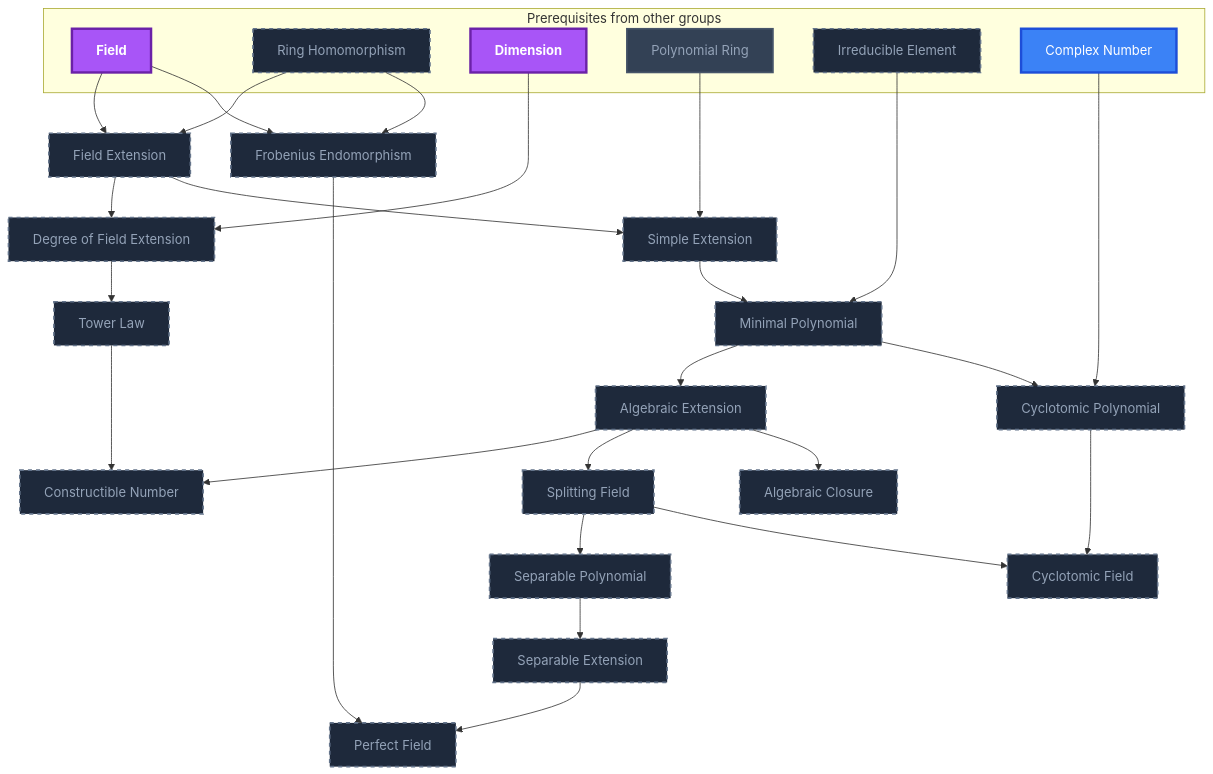
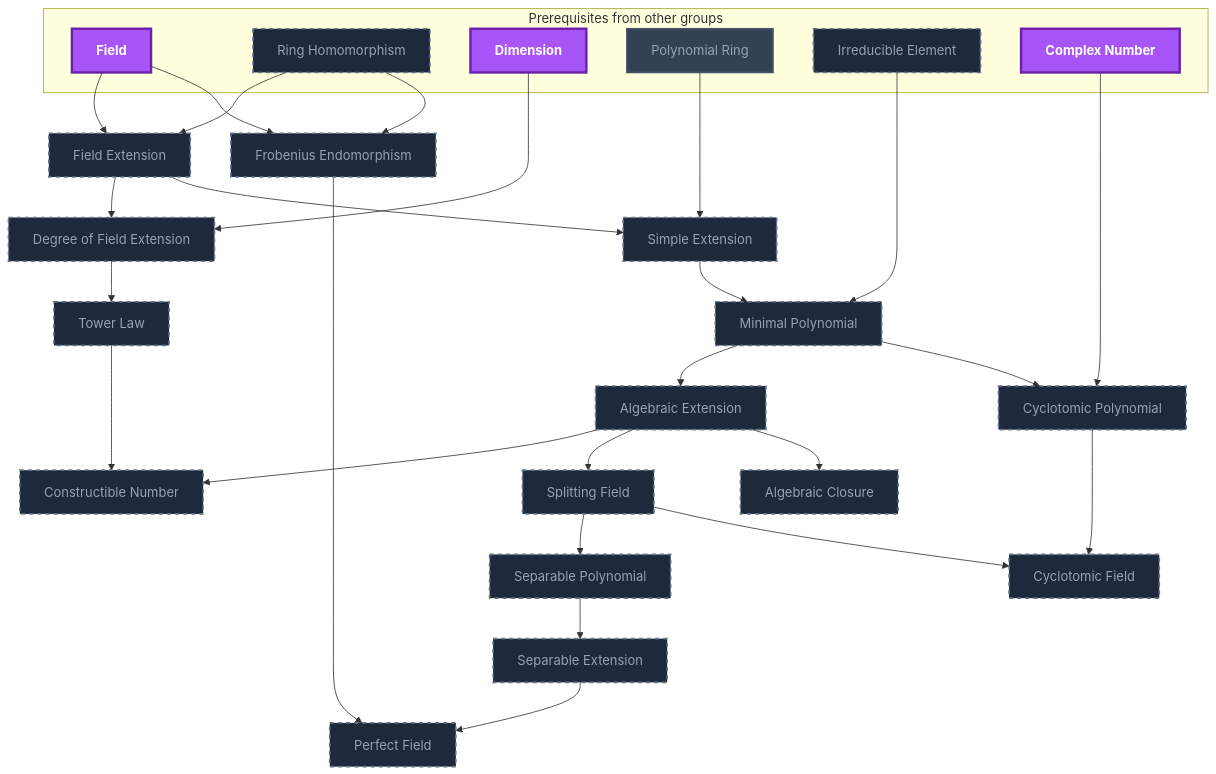
Diagram 14 of 20 in Gamification/Skill Trees/Abstract Algebra.md (MRauf1/My-Notes), drawn with Mermaid before and after one commit. The commit also changed other lines of this file and 145 other files, not shown here.

````diff
--- a/Gamification/Skill Trees/Abstract Algebra.md
+++ b/Gamification/Skill Trees/Abstract Algebra.md
@@ -955,64 +956,63 @@
 ```mermaid
 flowchart TD
     classDef planned fill:#1E293B,stroke:#64748B,stroke-width:2px,stroke-dasharray:5 5,color:#94A3B8;
     classDef locked fill:#334155,stroke:#475569,stroke-width:2px,color:#94A3B8;
     classDef L0 fill:#F1F5F9,stroke:#94A3B8,stroke-width:2px,color:#000000;
     classDef L1 fill:#22C55E,stroke:#15803D,stroke-width:2px,color:#000000;
     classDef L2 fill:#3B82F6,stroke:#1D4ED8,stroke-width:3px,color:#FFFFFF;
     classDef L3 fill:#A855F7,stroke:#6B21A8,stroke-width:3px,color:#FFFFFF,font-weight:bold;
     classDef L4 fill:#F97316,stroke:#C2410C,stroke-width:4px,color:#000000,font-weight:bold;
     classDef L5 fill:#FFD700,stroke:#FF8C00,stroke-width:5px,color:#000000,font-weight:bold;
     classDef rusty stroke:#8B4513,stroke-width:4px,stroke-dasharray:3 3;
     subgraph sg_prereqs["Prerequisites from other groups"]
         n_field["Field"]
         n_ring_homomorphism["Ring Homomorphism"]
         n_dimension["Dimension"]
         n_polynomial_ring["Polynomial Ring"]
         n_irreducible_element["Irreducible Element"]
         n_complex_number["Complex Number"]
     end
     n_field_extension["Field Extension"]
     n_degree_of_field_extension["Degree of Field Extension"]
     n_simple_extension["Simple Extension"]
     n_minimal_polynomial["Minimal Polynomial"]
     n_algebraic_extension["Algebraic Extension"]
     n_tower_law["Tower Law"]
     n_constructible_number["Constructible Number"]
     n_splitting_field["Splitting Field"]
     n_algebraic_closure["Algebraic Closure"]
     n_separable_polynomial["Separable Polynomial"]
     n_separable_extension["Separable Extension"]
     n_frobenius_endomorphism["Frobenius Endomorphism"]
     n_perfect_field["Perfect Field"]
     n_cyclotomic_polynomial["Cyclotomic Polynomial"]
     n_cyclotomic_field["Cyclotomic Field"]
     n_field --> n_field_extension
     n_ring_homomorphism --> n_field_extension
     n_field_extension --> n_degree_of_field_extension
     n_dimension --> n_degree_of_field_extension
     n_field_extension --> n_simple_extension
     n_polynomial_ring --> n_simple_extension
     n_simple_extension --> n_minimal_polynomial
     n_irreducible_element --> n_minimal_polynomial
     n_minimal_polynomial --> n_algebraic_extension
     n_degree_of_field_extension --> n_tower_law
     n_tower_law --> n_constructible_number
     n_algebraic_extension --> n_constructible_number
     n_algebraic_extension --> n_splitting_field
     n_algebraic_extension --> n_algebraic_closure
     n_splitting_field --> n_separable_polynomial
     n_separable_polynomial --> n_separable_extension
     n_field --> n_frobenius_endomorphism
     n_ring_homomorphism --> n_frobenius_endomorphism
     n_separable_extension --> n_perfect_field
     n_frobenius_endomorphism --> n_perfect_field
     n_minimal_polynomial --> n_cyclotomic_polynomial
     n_complex_number --> n_cyclotomic_polynomial
     n_cyclotomic_polynomial --> n_cyclotomic_field
     n_splitting_field --> n_cyclotomic_field
     class n_ring_homomorphism,n_irreducible_element,n_field_extension,n_degree_of_field_extension,n_simple_extension,n_minimal_polynomial,n_algebraic_extension,n_tower_law,n_constructible_number,n_splitting_field,n_algebraic_closure,n_separable_polynomial,n_separable_extension,n_frobenius_endomorphism,n_perfect_field,n_cyclotomic_polynomial,n_cyclotomic_field planned;
     class n_polynomial_ring locked;
-    class n_complex_number L2;
-    class n_field,n_dimension L3;
+    class n_field,n_dimension,n_complex_number L3;
     class n_field,n_dimension,n_polynomial_ring,n_complex_number internal-link;
 ```
````
